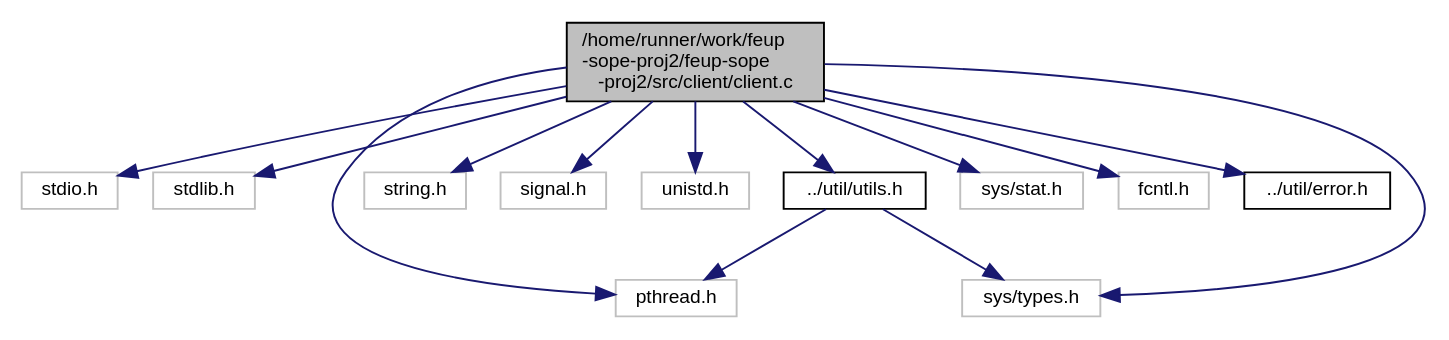
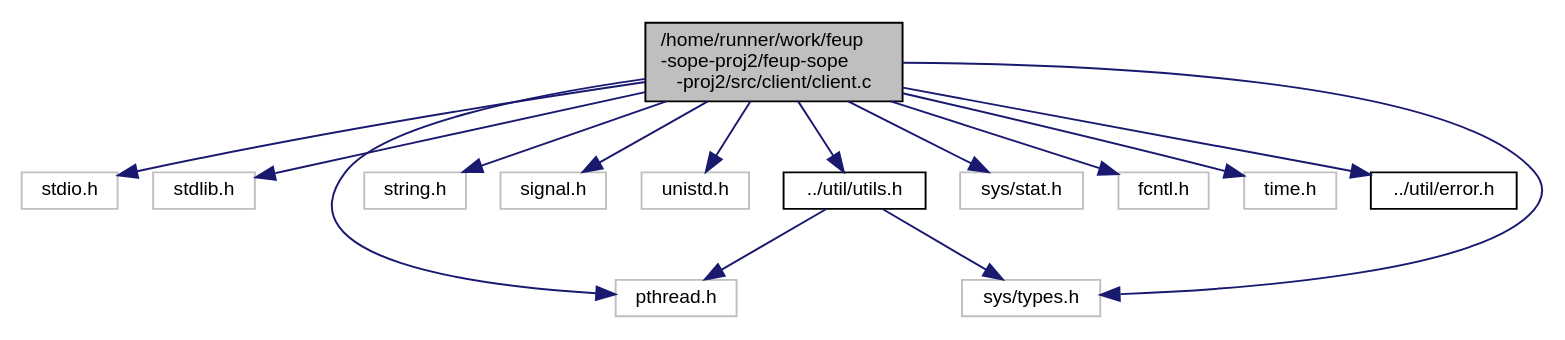
The diagram in client_8c__incl.dot (ctrlMarcio/feup-sope-proj2), drawn with Graphviz before and after one commit. The commit also changed 36 other files, not shown here.

```diff
--- a/client_8c__incl.dot
+++ b/client_8c__incl.dot
@@ -1,30 +1,32 @@
 digraph "/home/runner/work/feup-sope-proj2/feup-sope-proj2/src/client/client.c"
 {
   edge [fontname="Helvetica",fontsize="10",labelfontname="Helvetica",labelfontsize="10"];
   node [fontname="Helvetica",fontsize="10",shape=record];
   Node0 [label="/home/runner/work/feup\l-sope-proj2/feup-sope\l-proj2/src/client/client.c",height=0.2,width=0.4,color="black", fillcolor="grey75", style="filled", fontcolor="black"];
   Node0 -> Node1 [color="midnightblue",fontsize="10",style="solid",fontname="Helvetica"];
   Node1 [label="stdio.h",height=0.2,width=0.4,color="grey75", fillcolor="white", style="filled"];
   Node0 -> Node2 [color="midnightblue",fontsize="10",style="solid",fontname="Helvetica"];
   Node2 [label="stdlib.h",height=0.2,width=0.4,color="grey75", fillcolor="white", style="filled"];
   Node0 -> Node3 [color="midnightblue",fontsize="10",style="solid",fontname="Helvetica"];
   Node3 [label="pthread.h",height=0.2,width=0.4,color="grey75", fillcolor="white", style="filled"];
   Node0 -> Node4 [color="midnightblue",fontsize="10",style="solid",fontname="Helvetica"];
   Node4 [label="string.h",height=0.2,width=0.4,color="grey75", fillcolor="white", style="filled"];
   Node0 -> Node5 [color="midnightblue",fontsize="10",style="solid",fontname="Helvetica"];
   Node5 [label="signal.h",height=0.2,width=0.4,color="grey75", fillcolor="white", style="filled"];
   Node0 -> Node6 [color="midnightblue",fontsize="10",style="solid",fontname="Helvetica"];
   Node6 [label="unistd.h",height=0.2,width=0.4,color="grey75", fillcolor="white", style="filled"];
   Node0 -> Node7 [color="midnightblue",fontsize="10",style="solid",fontname="Helvetica"];
   Node7 [label="sys/types.h",height=0.2,width=0.4,color="grey75", fillcolor="white", style="filled"];
   Node0 -> Node8 [color="midnightblue",fontsize="10",style="solid",fontname="Helvetica"];
   Node8 [label="sys/stat.h",height=0.2,width=0.4,color="grey75", fillcolor="white", style="filled"];
   Node0 -> Node9 [color="midnightblue",fontsize="10",style="solid",fontname="Helvetica"];
   Node9 [label="fcntl.h",height=0.2,width=0.4,color="grey75", fillcolor="white", style="filled"];
   Node0 -> Node10 [color="midnightblue",fontsize="10",style="solid",fontname="Helvetica"];
-  Node10 [label="../util/error.h",height=0.2,width=0.4,color="black", fillcolor="white", style="filled",URL="$error_8h.html",tooltip="Defines the possible errors. "];
+  Node10 [label="time.h",height=0.2,width=0.4,color="grey75", fillcolor="white", style="filled"];
   Node0 -> Node11 [color="midnightblue",fontsize="10",style="solid",fontname="Helvetica"];
-  Node11 [label="../util/utils.h",height=0.2,width=0.4,color="black", fillcolor="white", style="filled",URL="$utils_8h_source.html"];
-  Node11 -> Node7 [color="midnightblue",fontsize="10",style="solid",fontname="Helvetica"];
-  Node11 -> Node3 [color="midnightblue",fontsize="10",style="solid",fontname="Helvetica"];
+  Node11 [label="../util/error.h",height=0.2,width=0.4,color="black", fillcolor="white", style="filled",URL="$error_8h.html",tooltip="Defines the possible errors. "];
+  Node0 -> Node12 [color="midnightblue",fontsize="10",style="solid",fontname="Helvetica"];
+  Node12 [label="../util/utils.h",height=0.2,width=0.4,color="black", fillcolor="white", style="filled",URL="$utils_8h_source.html"];
+  Node12 -> Node7 [color="midnightblue",fontsize="10",style="solid",fontname="Helvetica"];
+  Node12 -> Node3 [color="midnightblue",fontsize="10",style="solid",fontname="Helvetica"];
 }
```
